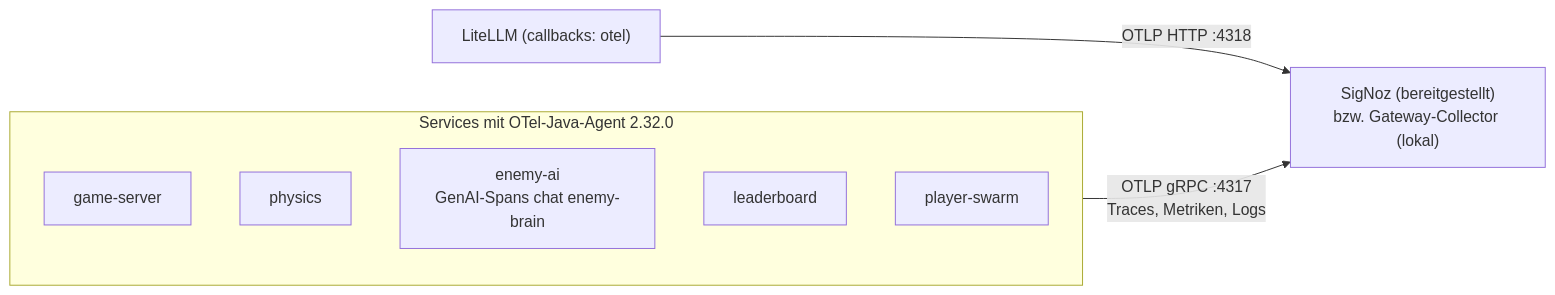
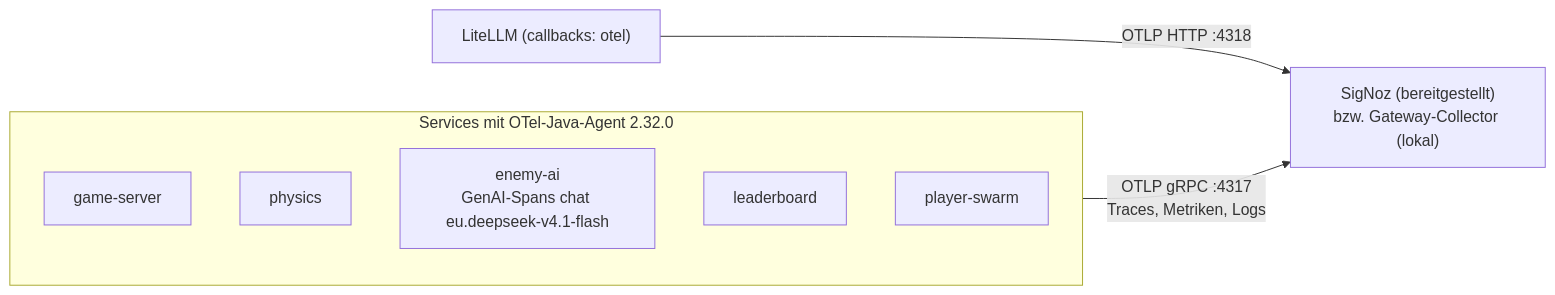
One commit to c-kaiser/u-boot-arcade changed the first of 3 diagrams in arc-doc/07-Verteilungssicht/07-05-Telemetrie-Fluss.md. Above: the diagram before and after it, drawn with Mermaid. The commit also changed 30 other files, not shown here.

````diff
--- a/arc-doc/07-Verteilungssicht/07-05-Telemetrie-Fluss.md
+++ b/arc-doc/07-Verteilungssicht/07-05-Telemetrie-Fluss.md
@@ -14,13 +14,13 @@
 ```mermaid
 flowchart LR
     subgraph App["Services mit OTel-Java-Agent 2.32.0"]
         GS["game-server"]
         PH["physics"]
-        AI["enemy-ai<br/>GenAI-Spans chat enemy-brain"]
+        AI["enemy-ai<br/>GenAI-Spans chat eu.deepseek-v4.1-flash"]
         LB["leaderboard"]
         SW["player-swarm"]
     end
     LL["LiteLLM (callbacks: otel)"]
     App -- "OTLP gRPC :4317<br/>Traces, Metriken, Logs" --> SZ["SigNoz (bereitgestellt)<br/>bzw. Gateway-Collector (lokal)"]
     LL -- "OTLP HTTP :4318" --> SZ
 ```
````
